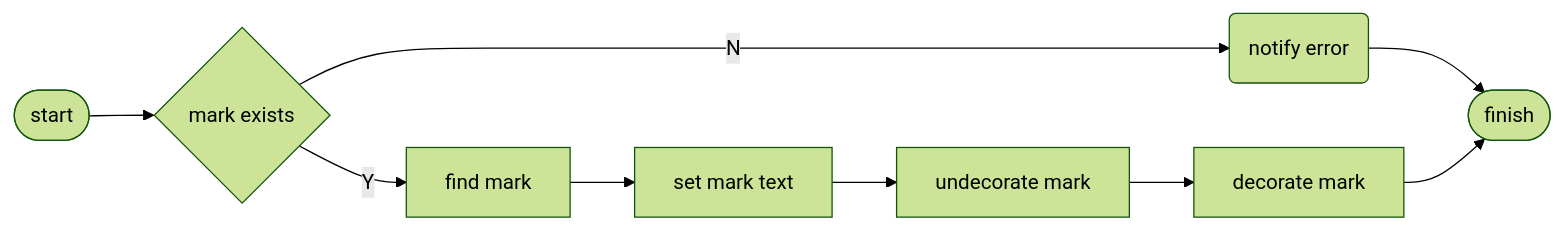
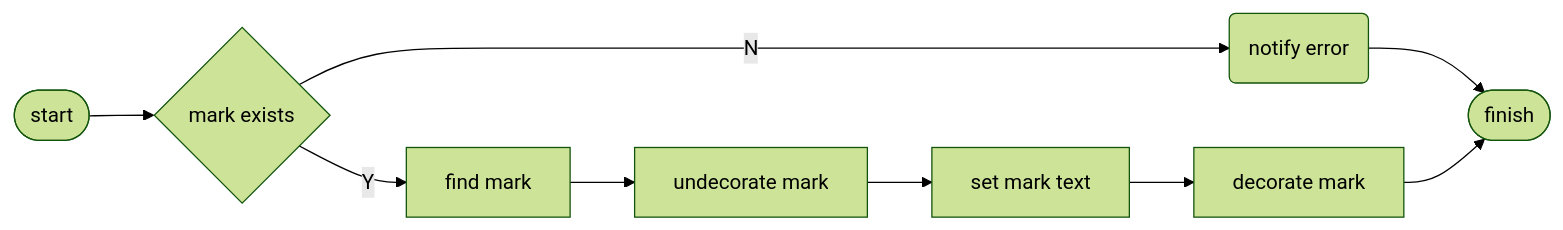
Before and after one commit to niuiic/track.nvim: the ninth of 16 diagrams in DESIGN.md, drawn with Mermaid (forest theme). The commit also changed other lines of this file and 4 other files, not shown here.

````diff
--- a/DESIGN.md
+++ b/DESIGN.md
@@ -238,18 +217,18 @@
 ```mermaid
 flowchart LR
     start([start]) --> n4
 
     n4{mark exists}
     n4 --N--> error(notify error) --> finish
     n4 --Y--> n5
 
     n5[find mark] --> n1
 
-    n1[set mark text] --> n2
+    n1[undecorate mark] --> n2
 
-    n2[undecorate mark] --> n3
+    n2[set mark text] --> n3
 
     n3[decorate mark] --> finish
 
     finish([finish])
 ```
````
